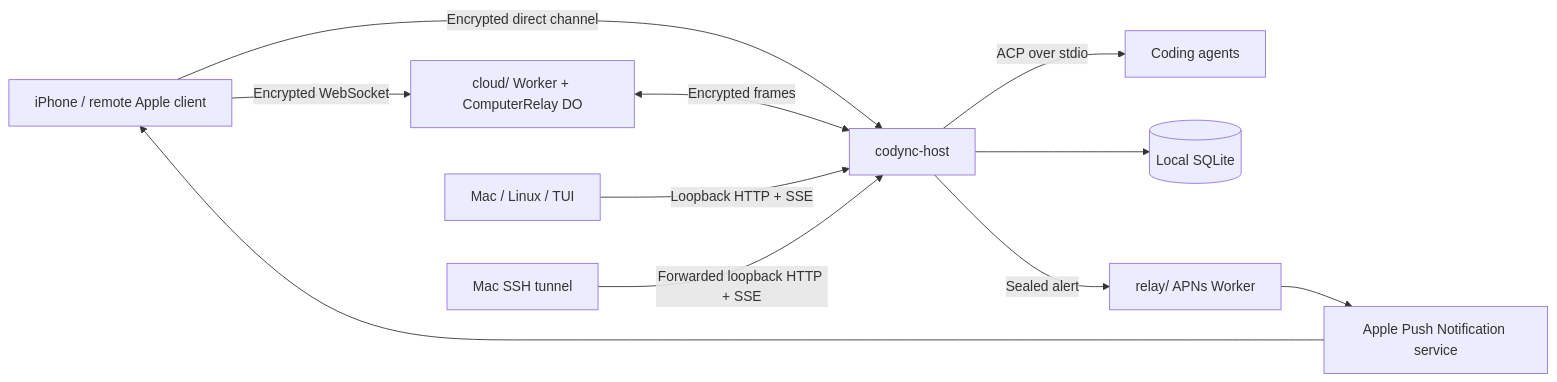
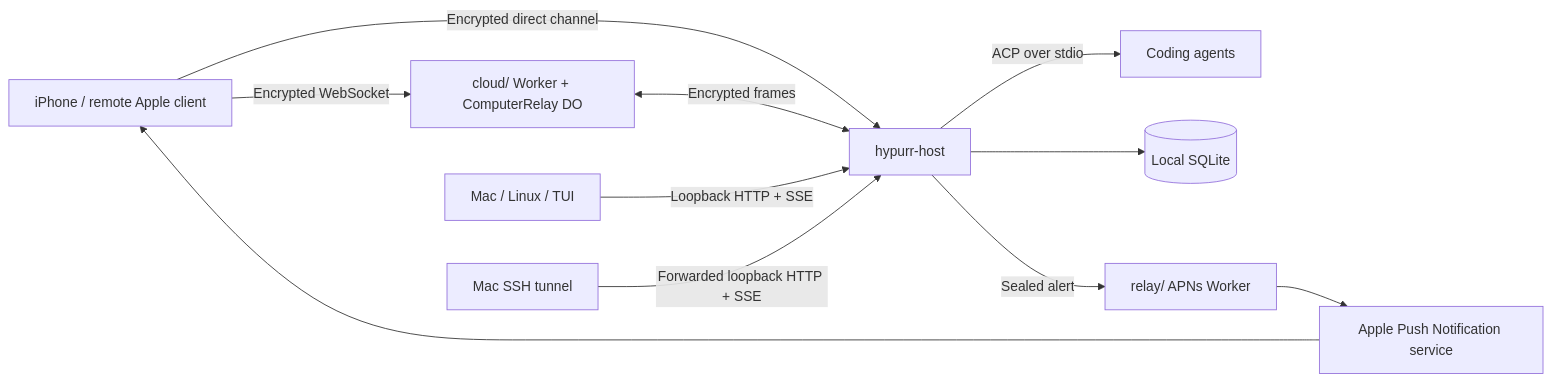
Before and after one commit to Ragul84/Hypurr: the diagram in docs/architecture/overview.md, drawn with Mermaid. The commit also changed other lines of this file and 458 other files, not shown here.

First line of the commit message:
chore: rebrand Codync to Hypurr

````diff
--- a/docs/architecture/overview.md
+++ b/docs/architecture/overview.md
@@ -7,13 +7,13 @@
 ```mermaid
 flowchart LR
     Phone[iPhone / remote Apple client] -->|Encrypted WebSocket| Cloud[cloud/ Worker + ComputerRelay DO]
-    Phone -->|Encrypted direct channel| Host[codync-host]
+    Phone -->|Encrypted direct channel| Host[hypurr-host]
     Cloud <-->|Encrypted frames| Host
     Local[Mac / Linux / TUI] -->|Loopback HTTP + SSE| Host
     SSH[Mac SSH tunnel] -->|Forwarded loopback HTTP + SSE| Host
     Host -->|ACP over stdio| Agents[Coding agents]
     Host --> DB[(Local SQLite)]
     Host -->|Sealed alert| Push[relay/ APNs Worker]
     Push --> APNs[Apple Push Notification service]
     APNs --> Phone
 ```
````
